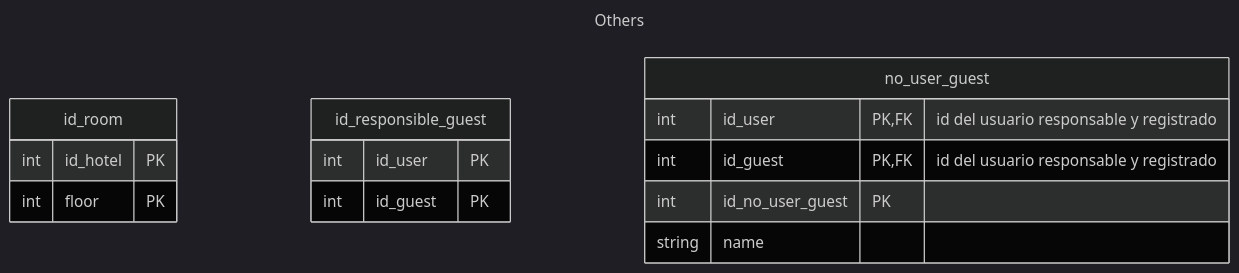
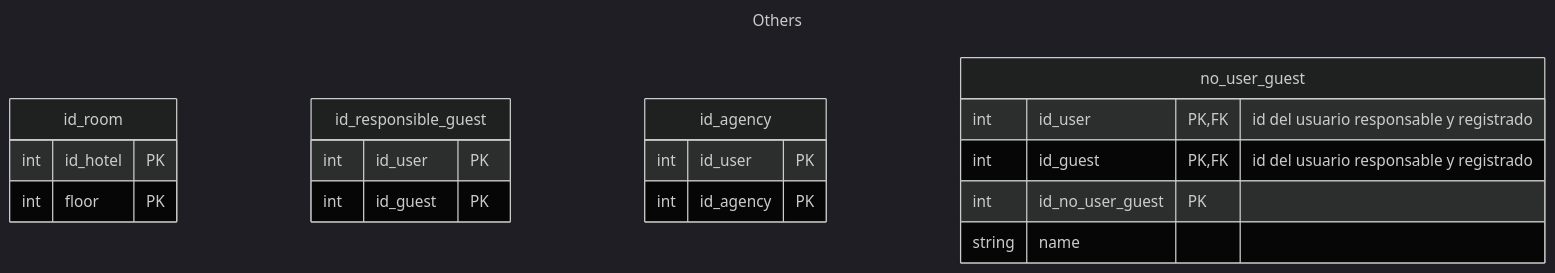
One commit to J4F3ET/ME.PMS changed the seventh of 10 diagrams in doc/SDLC/desing/db/v2/dictionary.md. Above: the diagram before and after it, drawn with Mermaid (dark theme). The commit also changed 2 other files, not shown here.

Commit message:
doc: :memo: Add databases microservices

````diff
--- a/doc/SDLC/desing/db/v2/dictionary.md
+++ b/doc/SDLC/desing/db/v2/dictionary.md
@@ -135,20 +135,24 @@
  ```mermaid
 ---
 title: Others
 ---
 erDiagram
     id_room{
         int id_hotel PK
         int floor PK
     }
     id_responsible_guest{
         int id_user PK
         int id_guest PK
     }
+    id_agency{
+        int id_user PK
+        int id_agency PK
+    }
     no_user_guest{
         int id_user PK,FK "id del usuario responsable y registrado"
         int id_guest PK,FK "id del usuario responsable y registrado"
         int id_no_user_guest PK
         string name
     }
 ```
````
